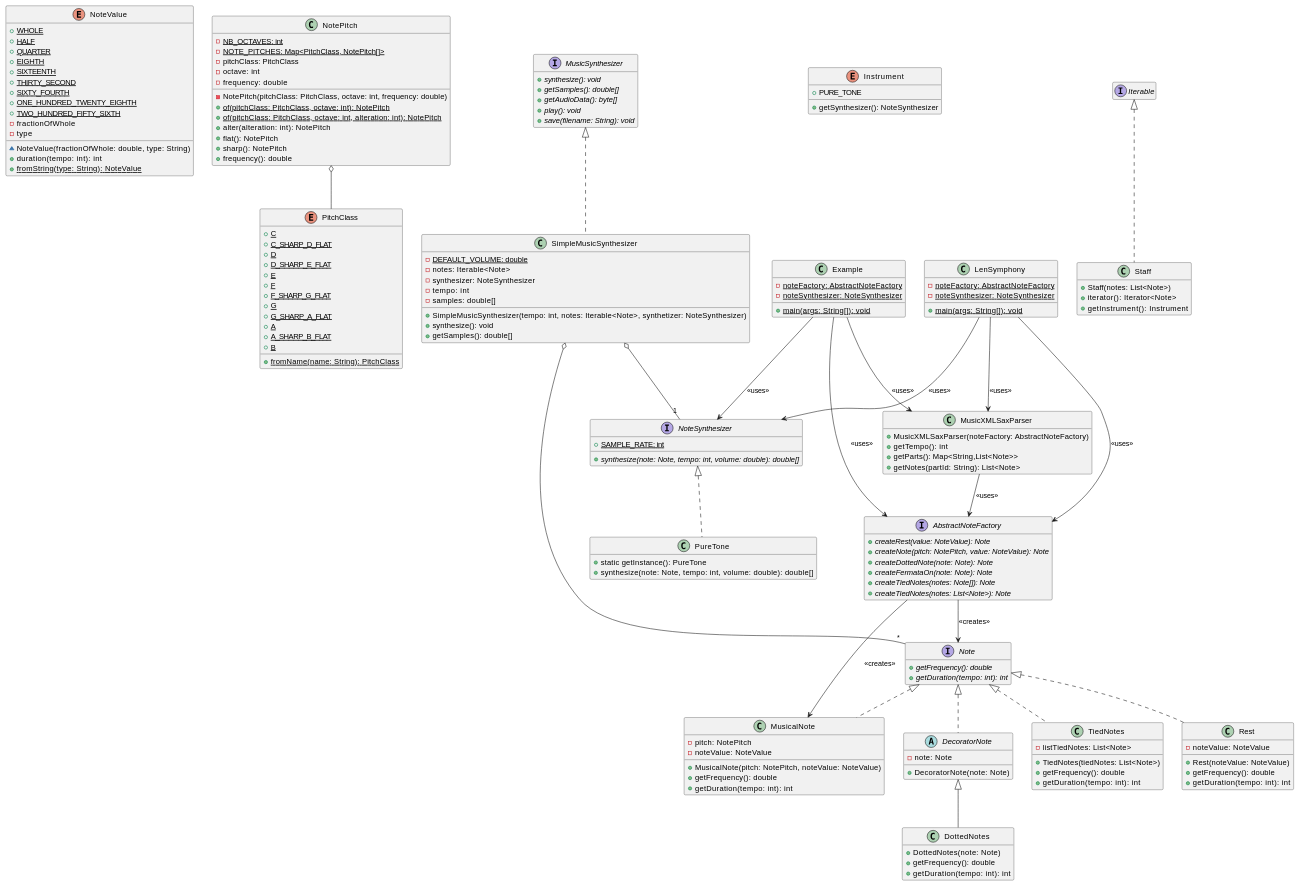
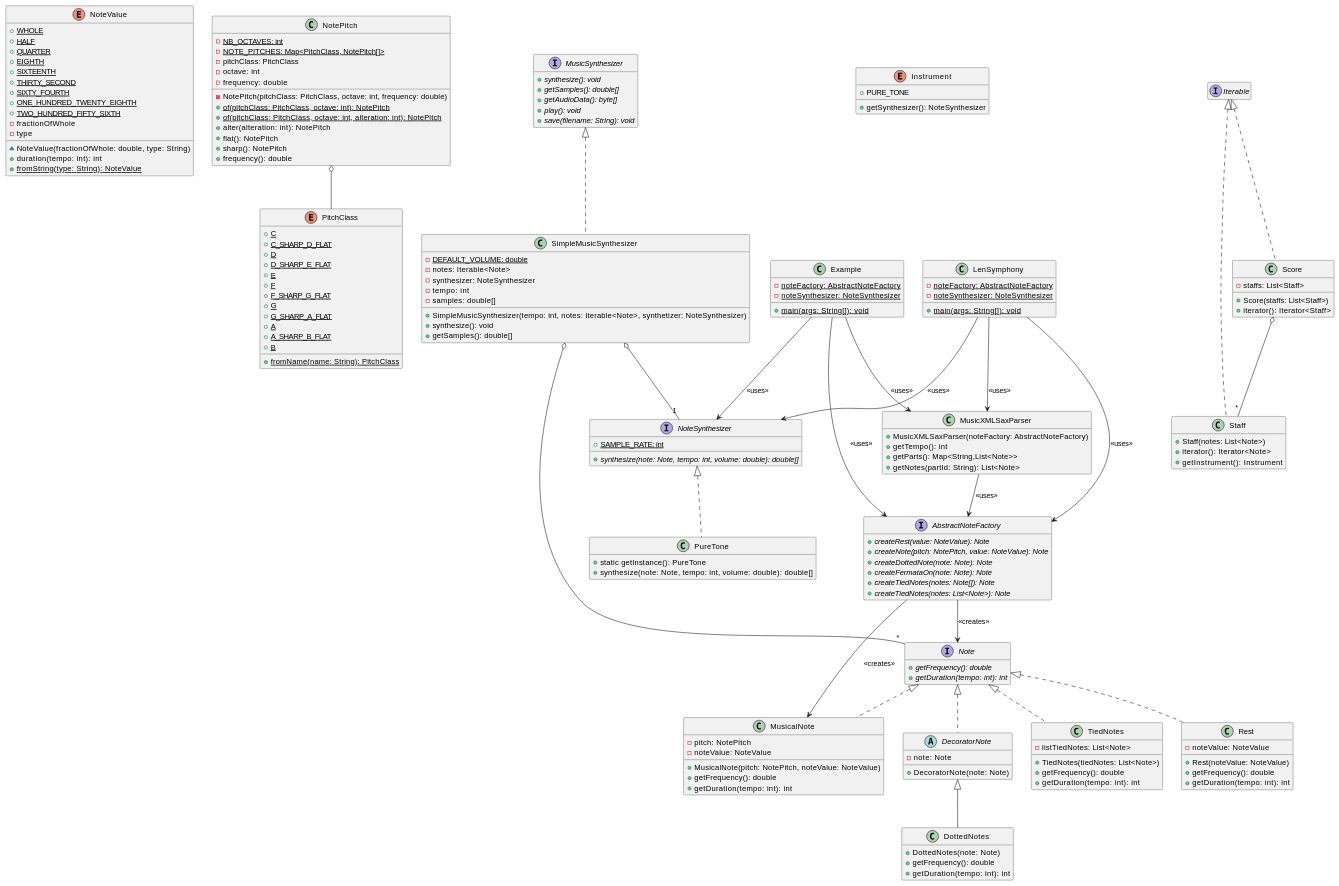
The diagram in README.md (Flamaiche/lensymphony), drawn with PlantUML before and after one commit.

Commit message:
ajout de score dans le diagramme

```diff
--- a/README.md
+++ b/README.md
@@ -157,6 +157,14 @@
     + getInstrument(): Instrument
 }
 
+class Score implements Iterable<Staff> {
+    - staffs: List<Staff>
+    + Score(staffs: List<Staff>)
+    + iterator(): Iterator<Staff>
+}
+
+Score o-- "*" Staff
+
 interface MusicSynthesizer {
     + {abstract} synthesize(): void
     + {abstract} getSamples(): double[]
```
